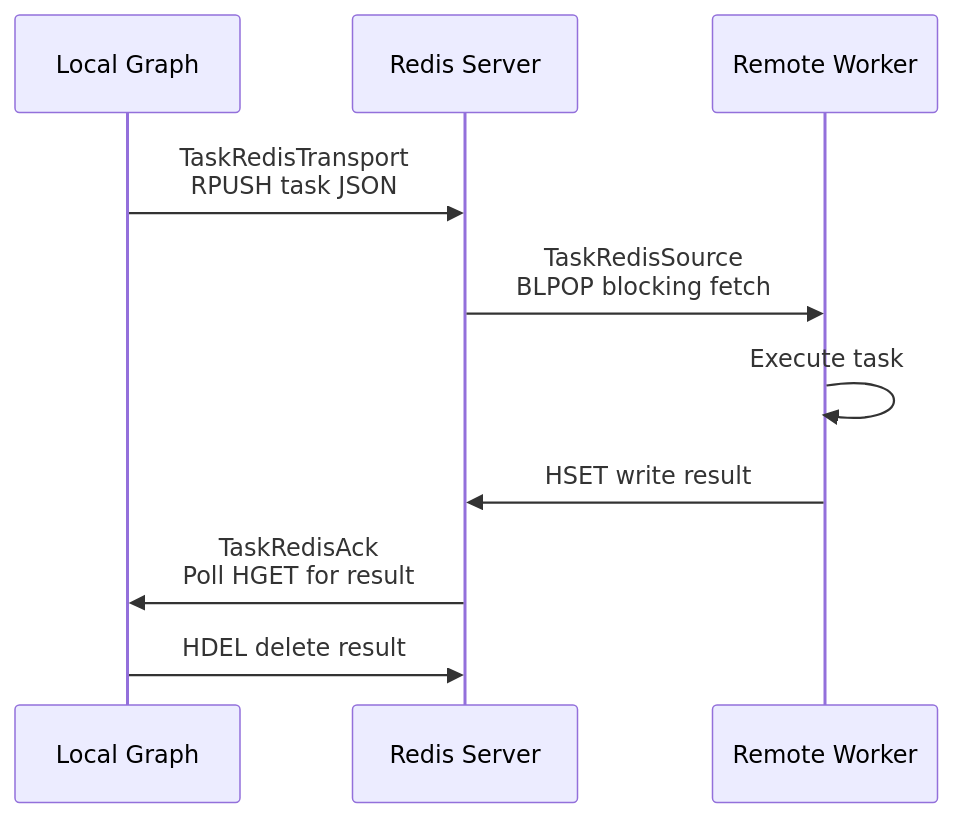
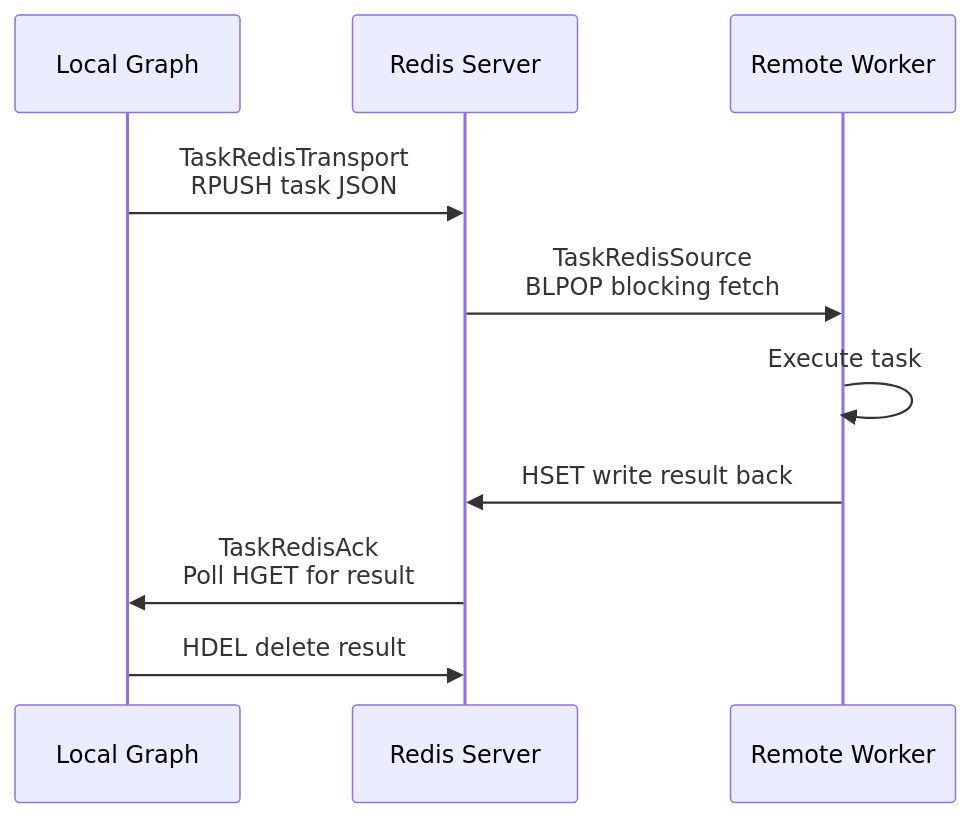
The fifth of 9 diagrams in docs/en/presentation.md (Mr-xiaotian/CelestialFlow), drawn with Mermaid before and after one commit. The commit also changed other lines of this file and 278 other files, not shown here.

````diff
--- a/docs/en/presentation.md
+++ b/docs/en/presentation.md
@@ -285,13 +285,13 @@
 ```mermaid
 sequenceDiagram
     participant Local as Local Graph
     participant Redis as Redis Server
     participant Remote as Remote Worker
 
     Local->>Redis: TaskRedisTransport<br/>RPUSH task JSON
     Redis->>Remote: TaskRedisSource<br/>BLPOP blocking fetch
     Remote->>Remote: Execute task
-    Remote->>Redis: HSET write result
+    Remote->>Redis: HSET write result back
     Redis->>Local: TaskRedisAck<br/>Poll HGET for result
     Local->>Redis: HDEL delete result
 ```
````
